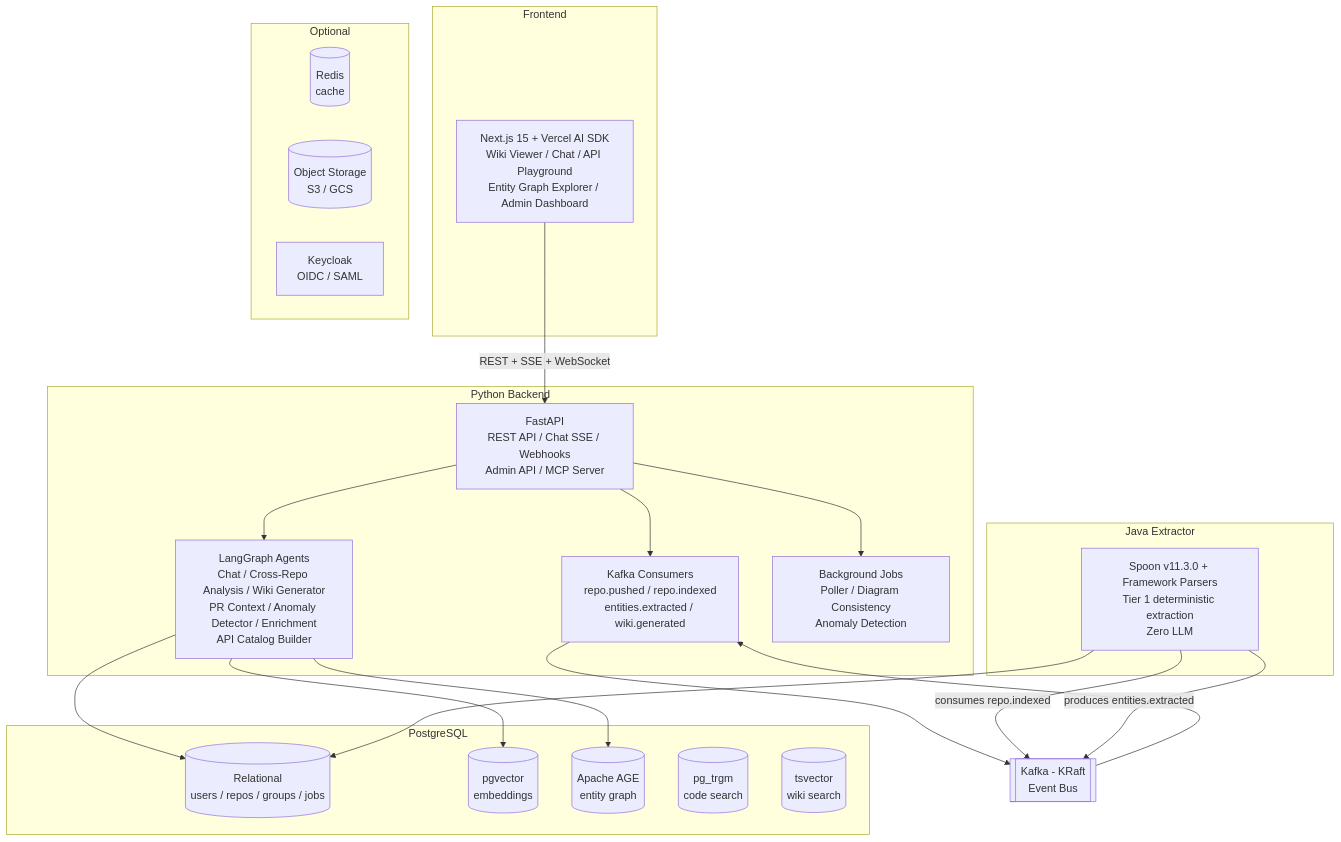
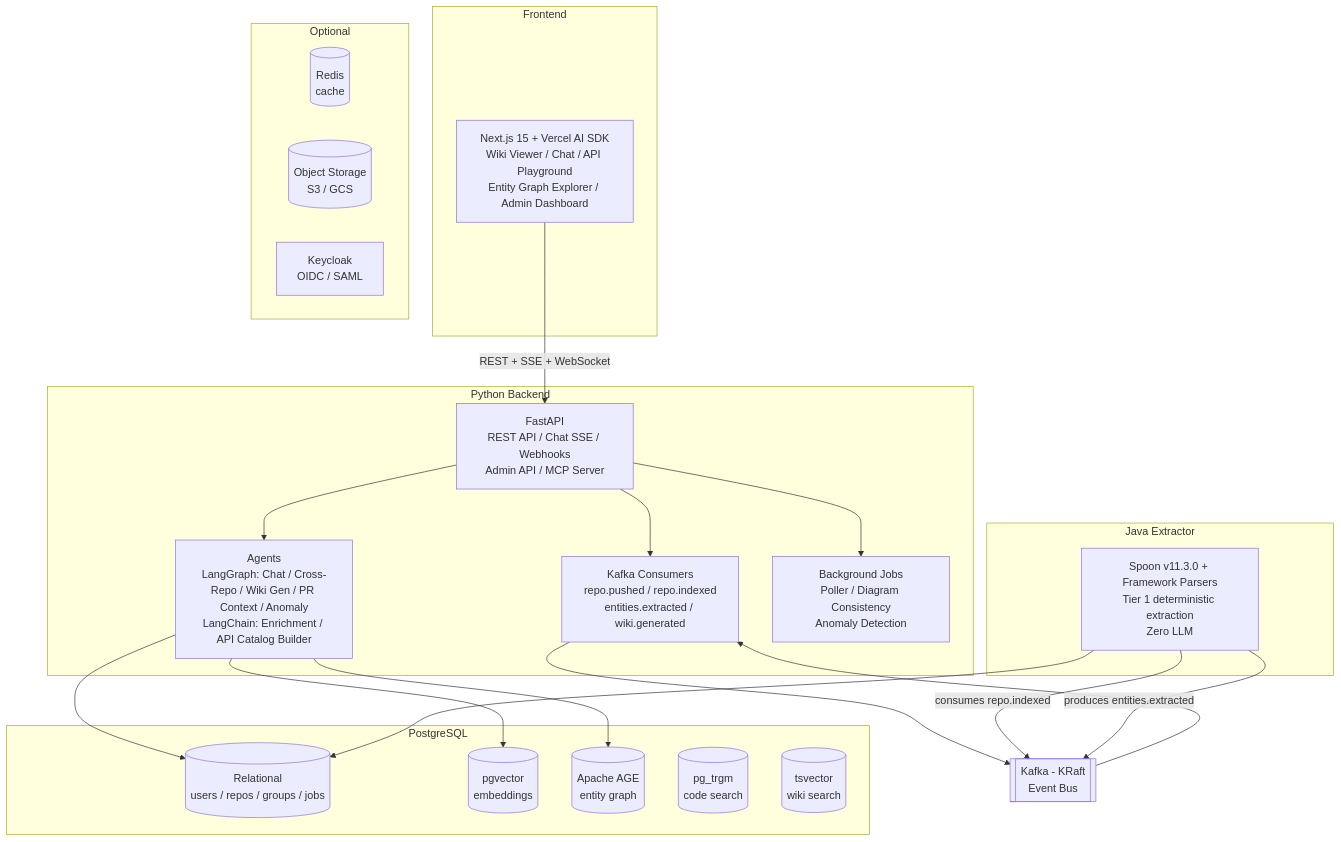
Before and after one commit to mogheyapoorv/codegraph: the diagram in docs/specs/platform-design.md, drawn with Mermaid. The commit also changed other lines of this file, not shown here.

````diff
--- a/docs/specs/platform-design.md
+++ b/docs/specs/platform-design.md
@@ -51,46 +51,46 @@
 ```mermaid
 graph TB
     subgraph Frontend
         UI[Next.js 15 + Vercel AI SDK<br/>Wiki Viewer / Chat / API Playground<br/>Entity Graph Explorer / Admin Dashboard]
     end
 
     subgraph Python Backend
         API[FastAPI<br/>REST API / Chat SSE / Webhooks<br/>Admin API / MCP Server]
-        AGENTS[LangGraph Agents<br/>Chat / Cross-Repo Analysis / Wiki Generator<br/>PR Context / Anomaly Detector / Enrichment<br/>API Catalog Builder]
+        AGENTS[Agents<br/>LangGraph: Chat / Cross-Repo / Wiki Gen / PR Context / Anomaly<br/>LangChain: Enrichment / API Catalog Builder]
         KAFKA_C[Kafka Consumers<br/>repo.pushed / repo.indexed<br/>entities.extracted / wiki.generated]
         JOBS[Background Jobs<br/>Poller / Diagram Consistency<br/>Anomaly Detection]
     end
 
     subgraph Java Extractor
         JDT[Spoon v11.3.0 + Framework Parsers<br/>Tier 1 deterministic extraction<br/>Zero LLM]
     end
 
     subgraph PostgreSQL
         PG_REL[(Relational<br/>users / repos / groups / jobs)]
         PG_VEC[(pgvector<br/>embeddings)]
         PG_AGE[(Apache AGE<br/>entity graph)]
         PG_TRGM[(pg_trgm<br/>code search)]
         PG_TS[(tsvector<br/>wiki search)]
     end
 
     KAFKA[[Kafka - KRaft<br/>Event Bus]]
 
     subgraph Optional
         REDIS[(Redis<br/>cache)]
         S3[(Object Storage<br/>S3 / GCS)]
         KC[Keycloak<br/>OIDC / SAML]
     end
 
     UI -->|REST + SSE + WebSocket| API
     API --> AGENTS
     API --> KAFKA_C
     API --> JOBS
     AGENTS --> PG_REL
     AGENTS --> PG_VEC
     AGENTS --> PG_AGE
     KAFKA_C --> KAFKA
     JDT -->|consumes repo.indexed| KAFKA
     JDT -->|produces entities.extracted| KAFKA
     JDT --> PG_REL
     KAFKA --> KAFKA_C
 ```
````
